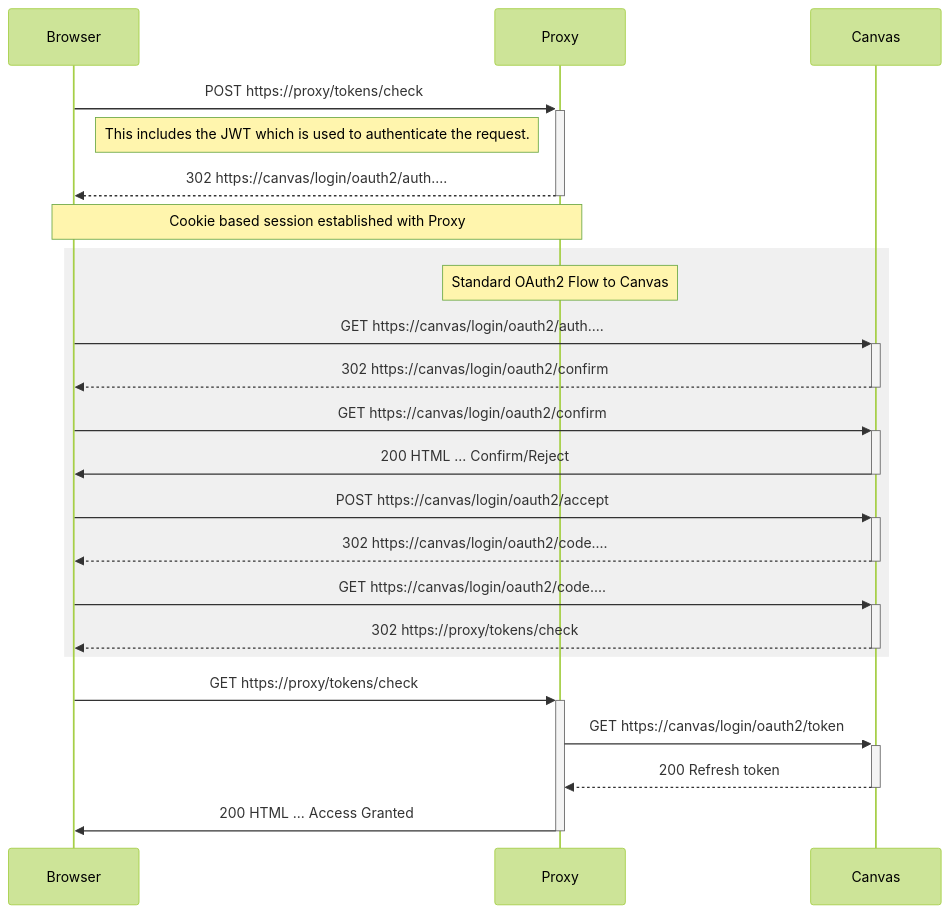
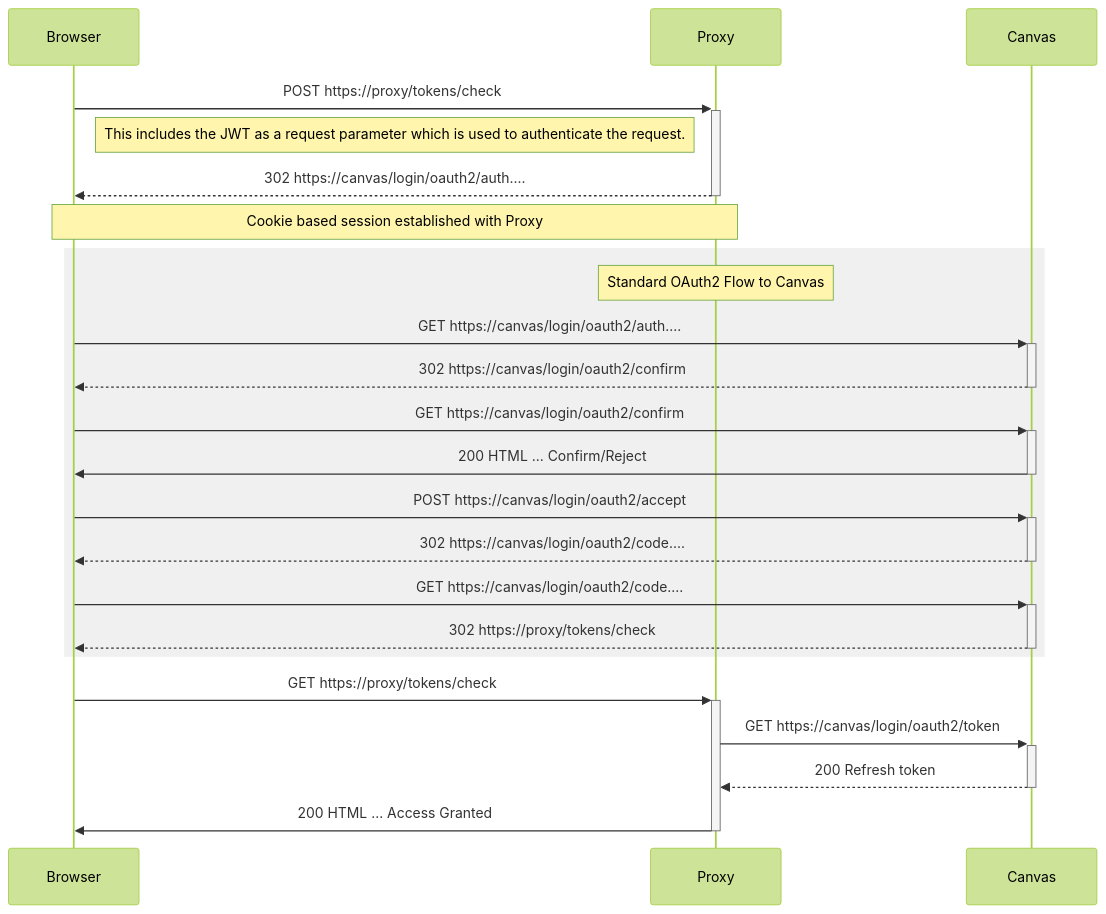
Before and after one commit to oxctl/tool-support: the diagram in README.md, drawn with Mermaid (forest theme). The commit also changed 93 other files, not shown here.

````diff
--- a/README.md
+++ b/README.md
@@ -19,24 +19,24 @@
 ```mermaid
 sequenceDiagram
     
     Browser->>+Proxy: POST https://proxy/tokens/check
-    note right of Browser: This includes the JWT which is used to authenticate the request.
+    note right of Browser: This includes the JWT as a request parameter which is used to authenticate the request.
     Proxy-->>-Browser: 302 https://canvas/login/oauth2/auth....
     note over Browser,Proxy: Cookie based session established with Proxy
     rect rgb(240,240,240)
     note over Proxy: Standard OAuth2 Flow to Canvas
     Browser->>+Canvas: GET https://canvas/login/oauth2/auth....
     Canvas-->>-Browser: 302 https://canvas/login/oauth2/confirm
     Browser->>+Canvas: GET https://canvas/login/oauth2/confirm
     Canvas->>-Browser: 200 HTML ... Confirm/Reject
     Browser->>+Canvas: POST https://canvas/login/oauth2/accept
     Canvas-->>-Browser: 302 https://canvas/login/oauth2/code....
     Browser->>+Canvas: GET https://canvas/login/oauth2/code....
     Canvas-->>-Browser: 302 https://proxy/tokens/check
     end
     Browser->>+Proxy: GET https://proxy/tokens/check
     Proxy->>+Canvas: GET https://canvas/login/oauth2/token
     Canvas-->>-Proxy: 200 Refresh token
     Proxy->>-Browser: 200 HTML ... Access Granted
 
 ```
````
